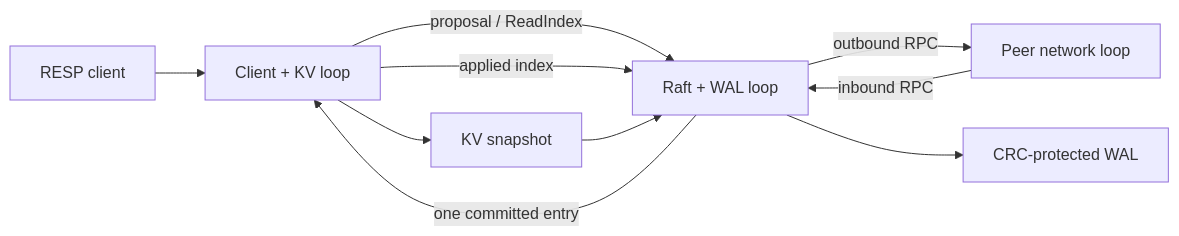
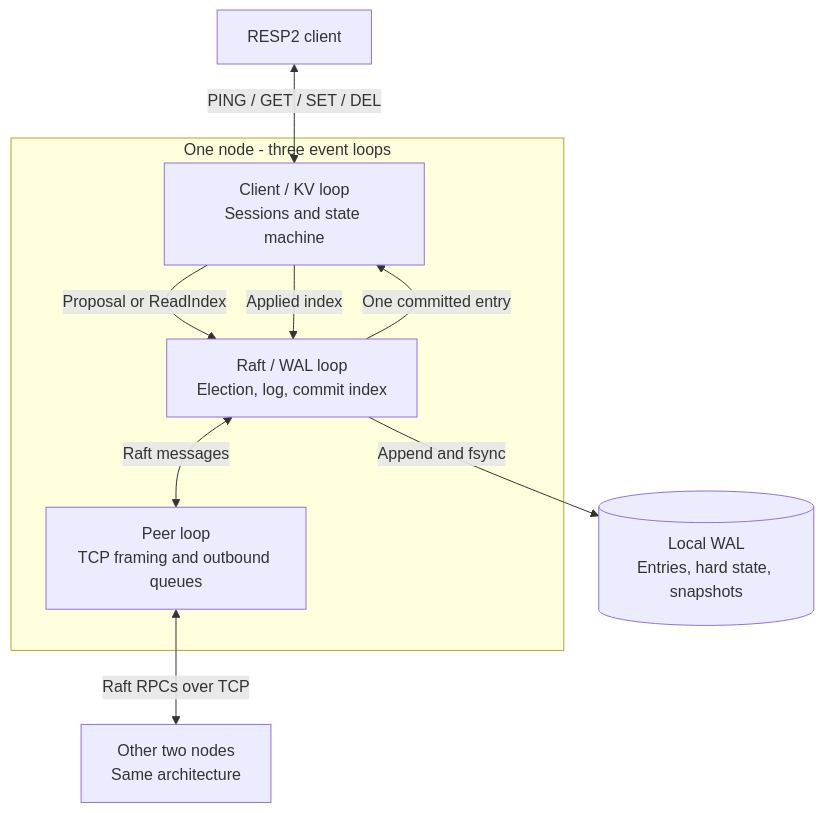
Before and after one commit to kelvinlee200113/raft-kv-store: the diagram in README.md, drawn with Mermaid. The commit also changed other lines of this file and 5 other files, not shown here.

Commit message:
docs: structure Raft KV architecture and demo guide

````diff
--- a/README.md
+++ b/README.md
@@ -28,12 +20,20 @@
 ```mermaid
-flowchart LR
-    Client["RESP client"] --> ClientLoop["Client + KV loop"]
-    ClientLoop -->|"proposal / ReadIndex"| RaftLoop["Raft + WAL loop"]
-    RaftLoop -->|"one committed entry"| ClientLoop
-    ClientLoop -->|"applied index"| RaftLoop
-    RaftLoop -->|"outbound RPC"| PeerLoop["Peer network loop"]
-    PeerLoop -->|"inbound RPC"| RaftLoop
-    RaftLoop --> WAL["CRC-protected WAL"]
-    ClientLoop --> Snapshot["KV snapshot"]
-    Snapshot --> RaftLoop
+flowchart TB
+    C["RESP2 client"] <-->|"PING / GET / SET / DEL"| K
+    subgraph N["One node - three event loops"]
+        K["Client / KV loop
+Sessions and state machine"]
+        R["Raft / WAL loop
+Election, log, commit index"]
+        P["Peer loop
+TCP framing and outbound queues"]
+        K -->|"Proposal or ReadIndex"| R
+        R -->|"One committed entry"| K
+        K -->|"Applied index"| R
+        R <-->|"Raft messages"| P
+    end
+    R -->|"Append and fsync"| W[("Local WAL
+Entries, hard state, snapshots")]
+    P <-->|"Raft RPCs over TCP"| F["Other two nodes
+Same architecture"]
 ```
````
